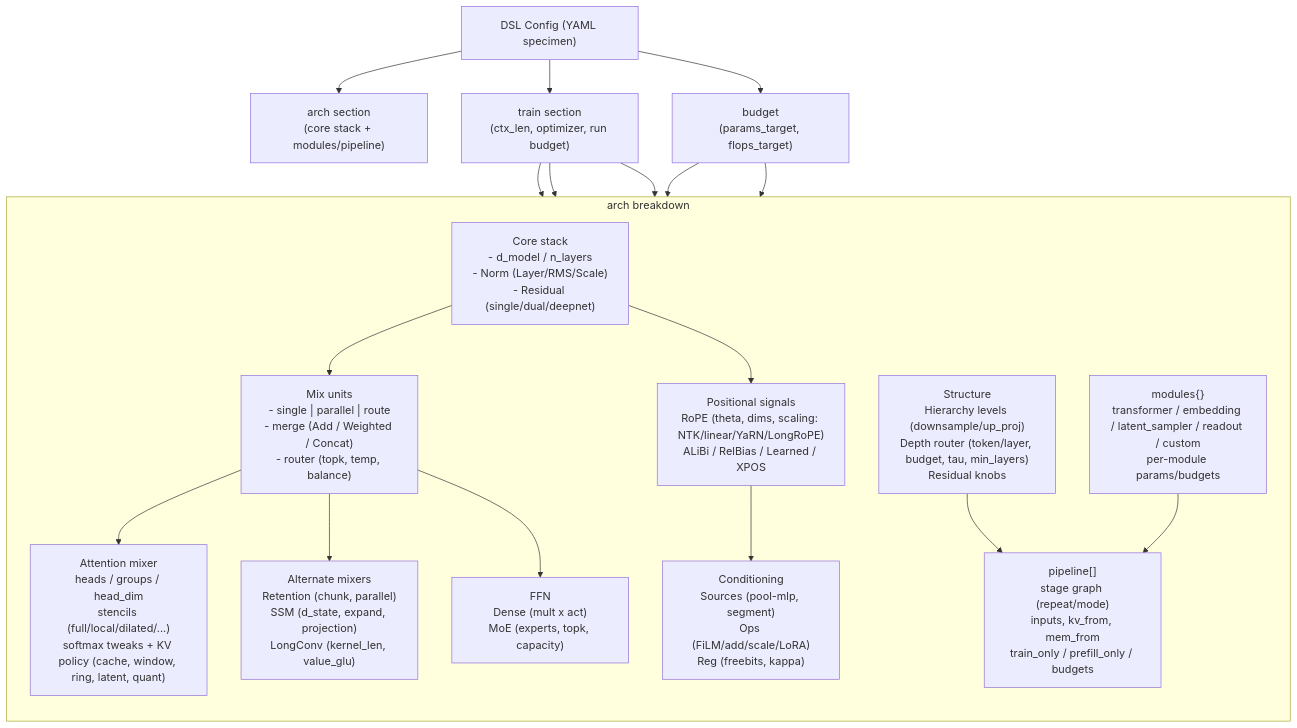
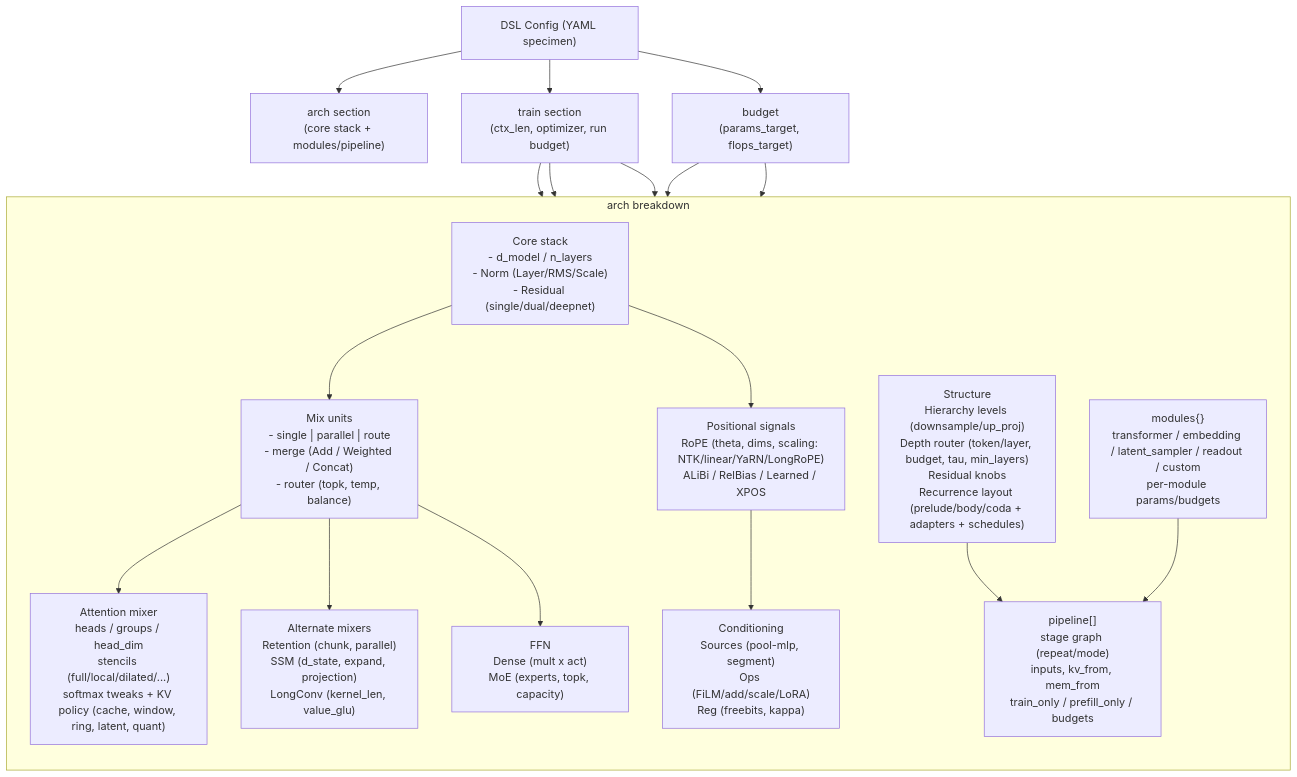
The diagram in docs/dsl_capabilities.md (strangeloopcanon/transformer-evolution), drawn with Mermaid before and after one commit. The commit also changed other lines of this file and 21 other files, not shown here.

````diff
--- a/docs/dsl_capabilities.md
+++ b/docs/dsl_capabilities.md
@@ -7,37 +7,37 @@
 ```mermaid
 flowchart TB
   CFG["DSL Config (YAML specimen)"]
   CFG --> ARCH["arch section\n(core stack + modules/pipeline)"]
   CFG --> TRAIN["train section\n(ctx_len, optimizer, run budget)"]
   CFG --> BUDGET["budget\n(params_target, flops_target)"]
 
   subgraph ARCH_GRAPH["arch breakdown"]
     direction TB
     CORE["Core stack\n- d_model / n_layers\n- Norm (Layer/RMS/Scale)\n- Residual (single/dual/deepnet)"]
     MIX["Mix units\n- single | parallel | route\n- merge (Add / Weighted / Concat)\n- router (topk, temp, balance)"]
     ATT["Attention mixer\nheads / groups / head_dim\nstencils (full/local/dilated/...)\nsoftmax tweaks + KV policy (cache, window, ring, latent, quant)"]
     ALT["Alternate mixers\nRetention (chunk, parallel)\nSSM (d_state, expand, projection)\nLongConv (kernel_len, value_glu)"]
     FFN["FFN\nDense (mult x act)\nMoE (experts, topk, capacity)"]
     POS["Positional signals\nRoPE (theta, dims, scaling: NTK/linear/YaRN/LongRoPE)\nALiBi / RelBias / Learned / XPOS"]
     COND["Conditioning\nSources (pool-mlp, segment)\nOps (FiLM/add/scale/LoRA)\nReg (freebits, kappa)"]
-    STRUCT["Structure\nHierarchy levels (downsample/up_proj)\nDepth router (token/layer, budget, tau, min_layers)\nResidual knobs"]
+    STRUCT["Structure\nHierarchy levels (downsample/up_proj)\nDepth router (token/layer, budget, tau, min_layers)\nResidual knobs\nRecurrence layout (prelude/body/coda + adapters + schedules)"]
     MODULES["modules{}\ntransformer / embedding / latent_sampler / readout / custom\nper-module params/budgets"]
     PIPE["pipeline[]\nstage graph (repeat/mode)\ninputs, kv_from, mem_from\ntrain_only / prefill_only / budgets"]
   end
 
   CORE --> MIX
   MIX --> ATT
   MIX --> ALT
   MIX --> FFN
   CORE --> POS
   POS --> COND
   STRUCT --> PIPE
   MODULES --> PIPE
 
   TRAIN --> PIPE
   TRAIN --> COND
   TRAIN --> STRUCT
 
   BUDGET --> MODULES
   BUDGET --> PIPE
 ```
````
